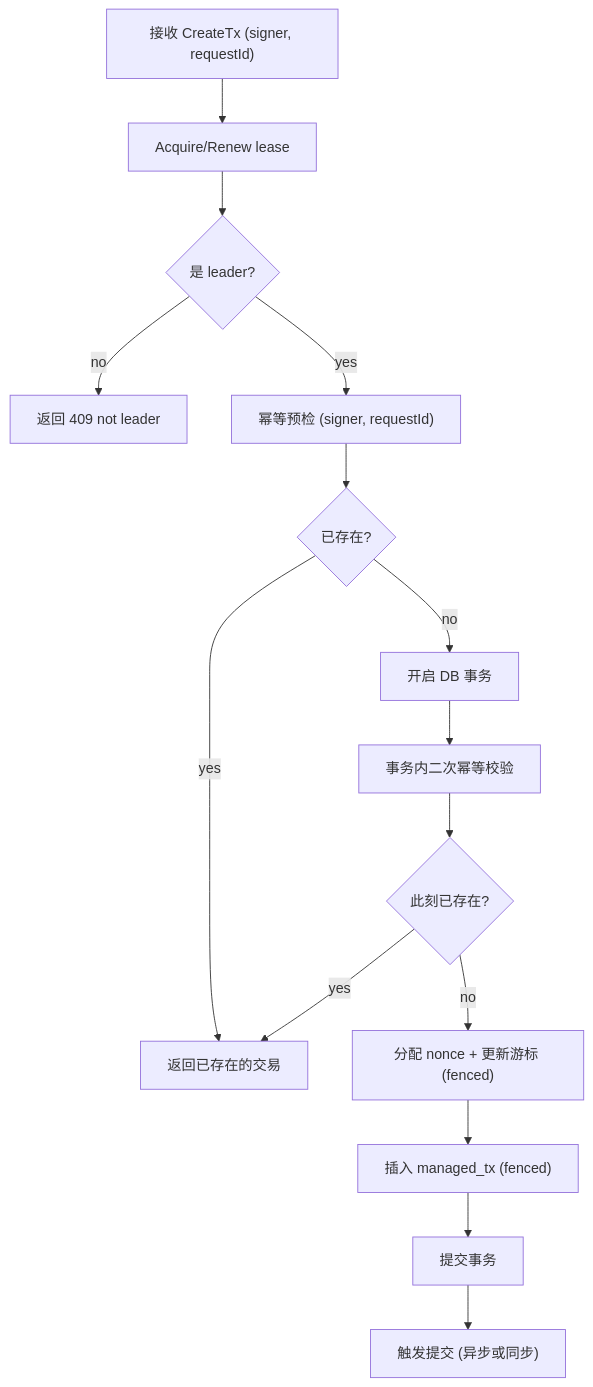
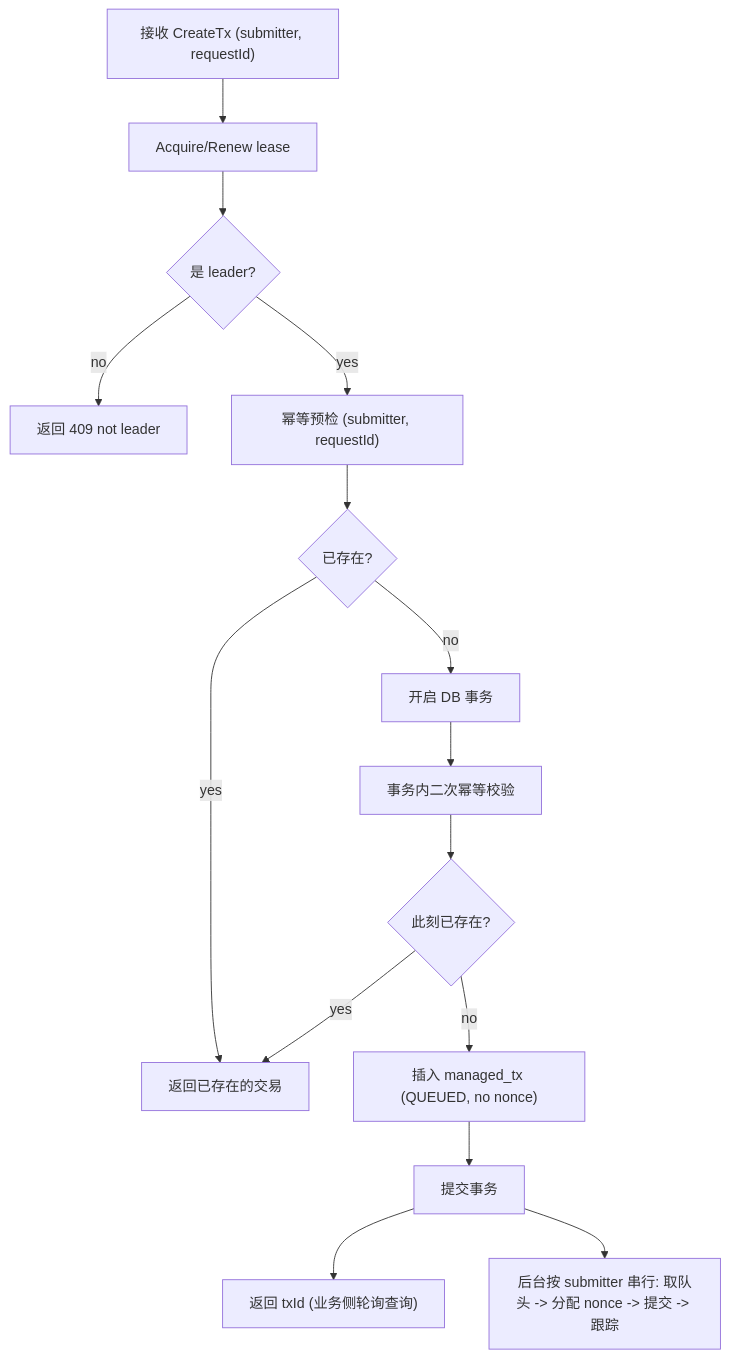
Before and after one commit to cedardinh/nonce-upgraded: the fifth of 10 diagrams in 详细设计2.md, drawn with Mermaid. The commit also changed other lines of this file and 3 other files, not shown here.

````diff
--- a/详细设计2.md
+++ b/详细设计2.md
@@ -295,17 +381,17 @@
 ```mermaid
 flowchart TD
-  A["接收 CreateTx (signer, requestId)"] --> B["Acquire/Renew lease"]
+  A["接收 CreateTx (submitter, requestId)"] --> B["Acquire/Renew lease"]
   B --> C{"是 leader?"}
   C -->|no| X["返回 409 not leader"]
-  C -->|yes| D["幂等预检 (signer, requestId)"]
+  C -->|yes| D["幂等预检 (submitter, requestId)"]
   D --> E{"已存在?"}
   E -->|yes| Y["返回已存在的交易"]
   E -->|no| F["开启 DB 事务"]
   F --> G["事务内二次幂等校验"]
   G --> H{"此刻已存在?"}
   H -->|yes| Y
-  H -->|no| I["分配 nonce + 更新游标 (fenced)"]
-  I --> J["插入 managed_tx (fenced)"]
+  H -->|no| J["插入 managed_tx (QUEUED, no nonce)"]
   J --> K["提交事务"]
-  K --> L["触发提交 (异步或同步)"]
+  K --> L["返回 txId (业务侧轮询查询)"]
+  K --> M["后台按 submitter 串行: 取队头 -> 分配 nonce -> 提交 -> 跟踪"]
 ```
````
